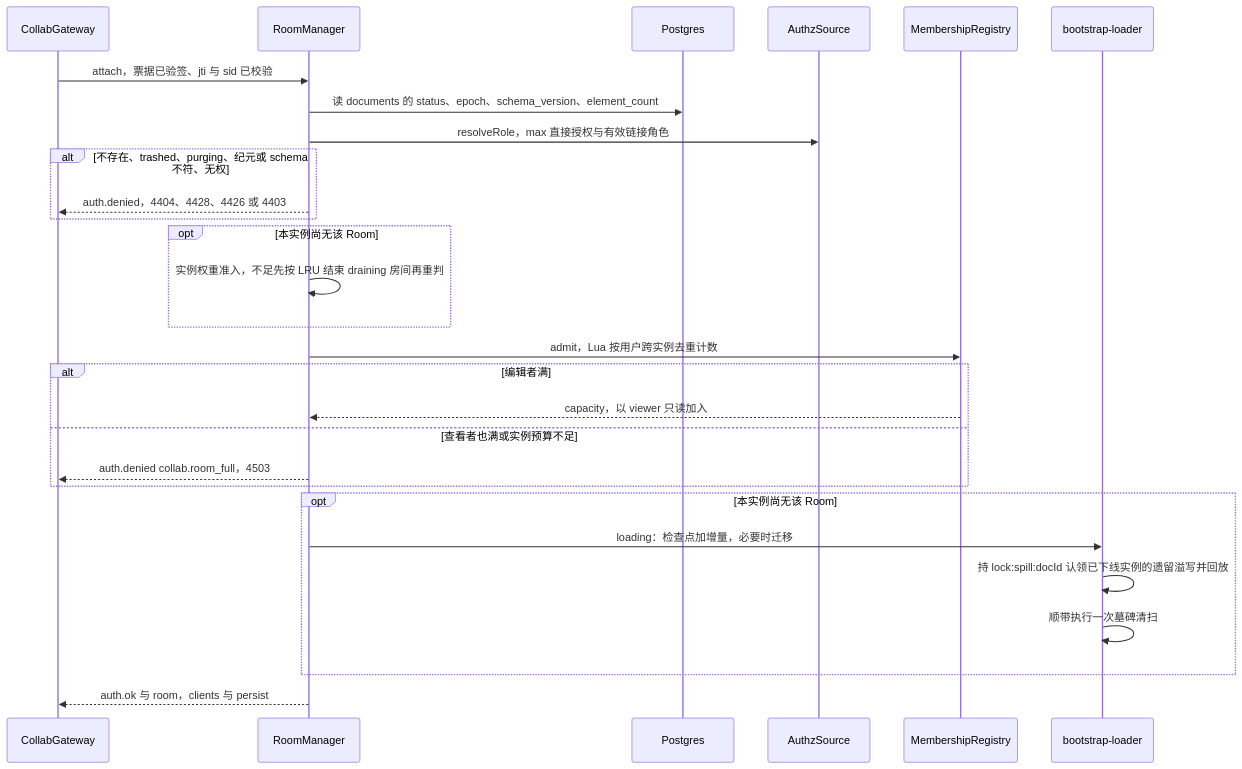
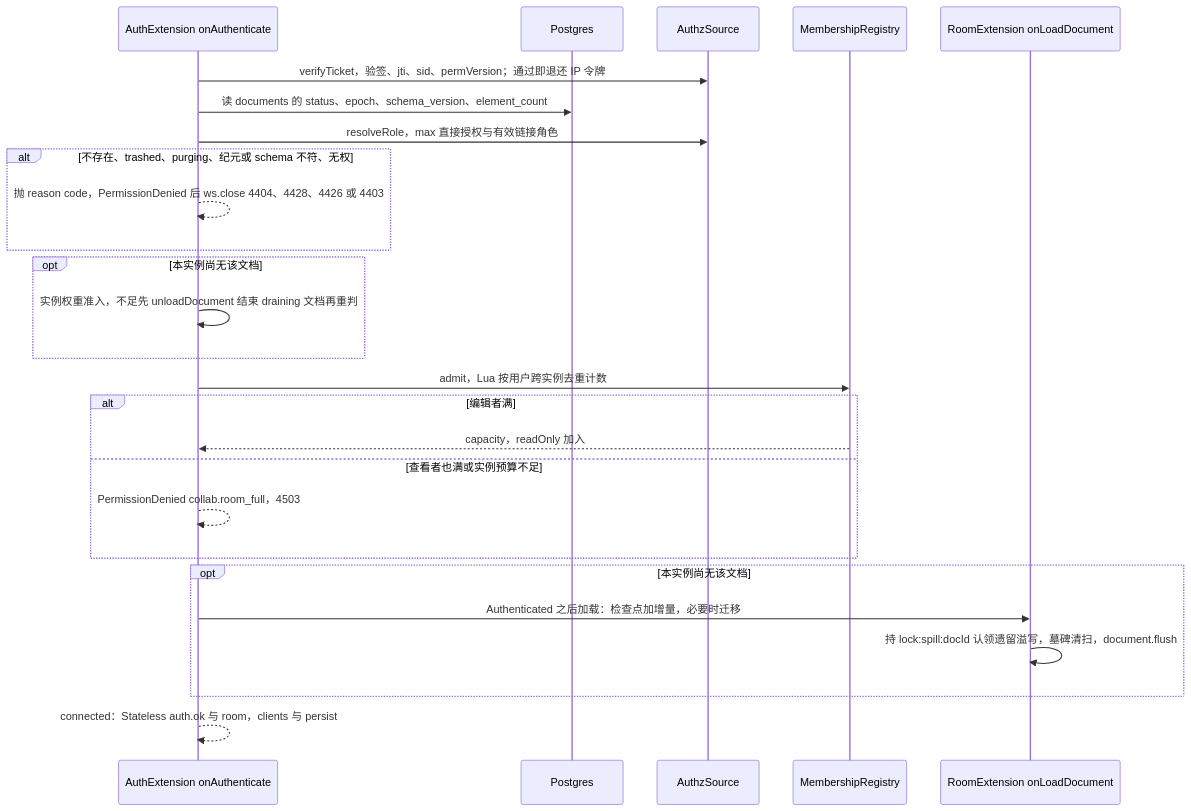
One commit to Xeonice/cordis-ppt-editor changed the second of 9 diagrams in docs/60-backend/05-modules-collab-and-snapshots.md. Above: the diagram before and after it, drawn with Mermaid. The commit also changed other lines of this file and 19 other files, not shown here.

````diff
--- a/docs/60-backend/05-modules-collab-and-snapshots.md
+++ b/docs/60-backend/05-modules-collab-and-snapshots.md
@@ -201,30 +221,28 @@
 ```mermaid
 sequenceDiagram
-  participant G as CollabGateway
-  participant RM as RoomManager
+  participant A as AuthExtension onAuthenticate
   participant PG as Postgres
   participant AZ as AuthzSource
   participant MR as MembershipRegistry
-  participant BL as bootstrap-loader
-  G->>RM: attach，票据已验签、jti 与 sid 已校验
-  RM->>PG: 读 documents 的 status、epoch、schema_version、element_count
-  RM->>AZ: resolveRole，max 直接授权与有效链接角色
+  participant R as RoomExtension onLoadDocument
+  A->>AZ: verifyTicket，验签、jti、sid、permVersion；通过即退还 IP 令牌
+  A->>PG: 读 documents 的 status、epoch、schema_version、element_count
+  A->>AZ: resolveRole，max 直接授权与有效链接角色
   alt 不存在、trashed、purging、纪元或 schema 不符、无权
-    RM-->>G: auth.denied，4404、4428、4426 或 4403
+    A-->>A: 抛 reason code，PermissionDenied 后 ws.close 4404、4428、4426 或 4403
   end
-  opt 本实例尚无该 Room
-    RM->>RM: 实例权重准入，不足先按 LRU 结束 draining 房间再重判
+  opt 本实例尚无该文档
+    A->>A: 实例权重准入，不足先 unloadDocument 结束 draining 文档再重判
   end
-  RM->>MR: admit，Lua 按用户跨实例去重计数
+  A->>MR: admit，Lua 按用户跨实例去重计数
   alt 编辑者满
-    MR-->>RM: capacity，以 viewer 只读加入
+    MR-->>A: capacity，readOnly 加入
   else 查看者也满或实例预算不足
-    RM-->>G: auth.denied collab.room_full，4503
+    A-->>A: PermissionDenied collab.room_full，4503
   end
-  opt 本实例尚无该 Room
-    RM->>BL: loading：检查点加增量，必要时迁移
-    BL->>BL: 持 lock:spill:docId 认领已下线实例的遗留溢写并回放
-    BL->>BL: 顺带执行一次墓碑清扫
+  opt 本实例尚无该文档
+    A->>R: Authenticated 之后加载：检查点加增量，必要时迁移
+    R->>R: 持 lock:spill:docId 认领遗留溢写，墓碑清扫，document.flush
   end
-  RM-->>G: auth.ok 与 room，clients 与 persist
+  A-->>A: connected：Stateless auth.ok 与 room，clients 与 persist
 ```
````
